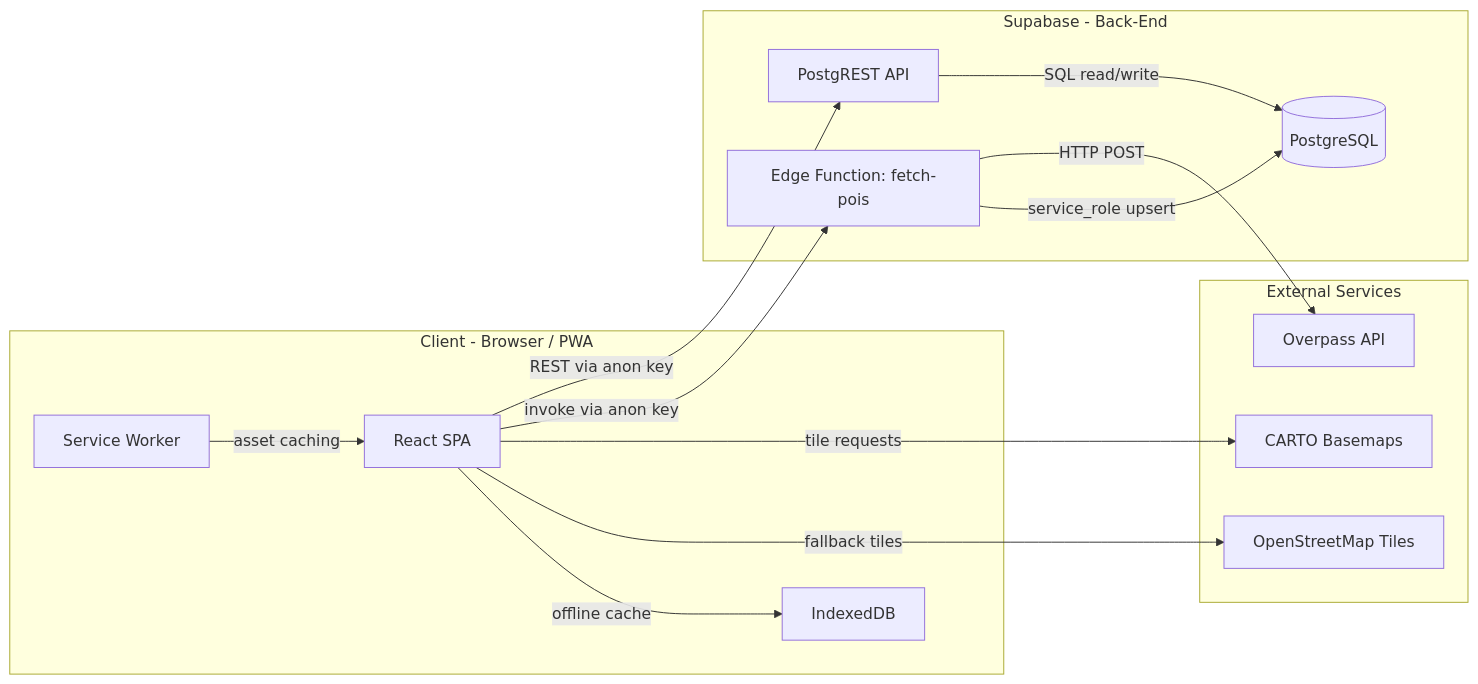
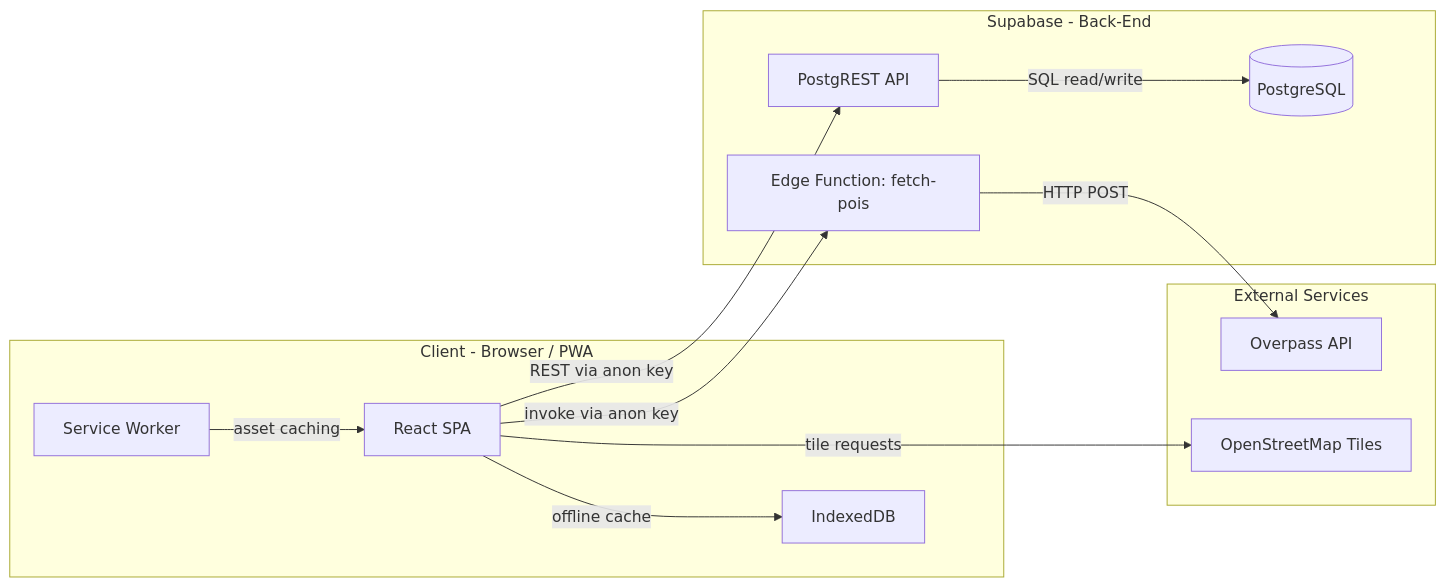
The first of 11 diagrams in docs/Architecture.md (debnathkoushik/my-path), drawn with Mermaid before and after one commit. The commit also changed other lines of this file and 20 other files, not shown here.

Commit message:
feat(map-services): revert POI discovery to OpenStreetMap and Overpass

````diff
--- a/docs/Architecture.md
+++ b/docs/Architecture.md
@@ -29,30 +29,27 @@
 ```mermaid
 graph LR
     subgraph Client["Client - Browser / PWA"]
         A[React SPA]
         B[Service Worker]
         C[IndexedDB]
     end
 
     subgraph Supabase["Supabase - Back-End"]
         D[PostgREST API]
         E[Edge Function: fetch-pois]
         F[(PostgreSQL)]
     end
 
     subgraph External["External Services"]
-        G[CARTO Basemaps]
-        H[OpenStreetMap Tiles]
-        I[Overpass API]
+        G[OpenStreetMap Tiles]
+        H[Overpass API]
     end
 
     A -- "REST via anon key" --> D
     A -- "invoke via anon key" --> E
-    E -- "HTTP POST" --> I
-    E -- "service_role upsert" --> F
+    E -- "HTTP POST" --> H
     D -- "SQL read/write" --> F
     A -- "tile requests" --> G
-    A -- "fallback tiles" --> H
     A -- "offline cache" --> C
     B -- "asset caching" --> A
 ```
````
